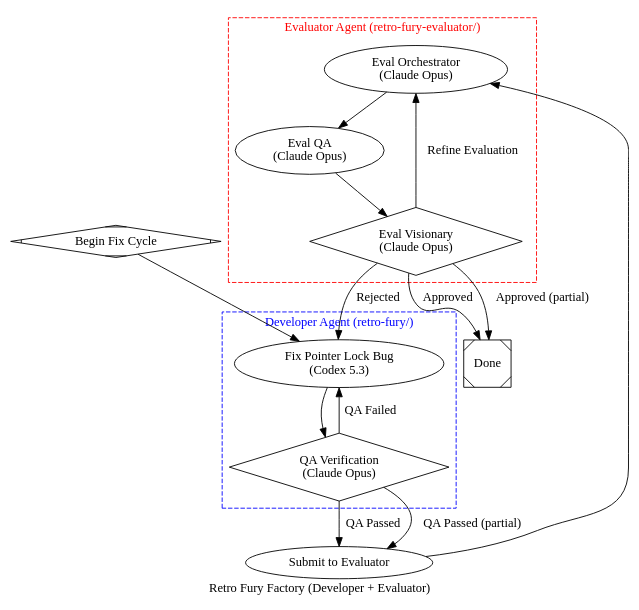
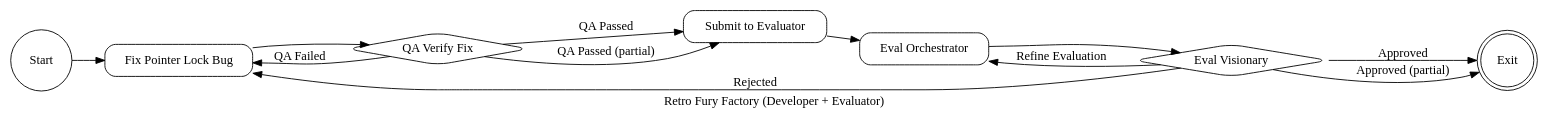
Before and after one commit to bencivjan/retro-fury-evaluator: the diagram in evaluation/factory.dot, drawn with Graphviz.

Commit message:
Update factory.dot to match ai-dot-runner parser format
Reformatted to use semicolons, single-line nodes, and
graph [] syntax required by the dotrunner's regex-based parser.

```diff
--- a/evaluation/factory.dot
+++ b/evaluation/factory.dot
@@ -1,149 +1,41 @@
 // Retro Fury Factory Pipeline
-//
-// Combined developer + evaluator pipeline for the retro-fury game.
-// Based on factory.dot from attractor-go, customized for retro-fury.
-//
-// The developer agent works on ../retro-fury/ (the game source code).
-// The evaluator agent works on ../retro-fury-evaluator/ (this repo).
-//
-// Current state: The evaluator has REJECTED the submission with 1 critical
-// failure (mp_pointer_lock_game_start). The developer must fix the bug,
-// then the evaluator re-evaluates.
-//
-// Model assignments:
-//   Codex stages:   implement (code writing)
-//   Opus stages:    qa_verify, eval_orchestrator, eval_qa, eval_visionary
+// Combined developer + evaluator for fixing the pointer lock bug.
+// Developer agent fixes code in retro-fury/, evaluator re-evaluates.
 
 digraph retro_fury_factory {
-    goal = "Fix the critical pointer lock bug in the retro-fury multiplayer game and verify the fix. The bug: requestPointerLock() is called from a WebSocket onmessage handler in onMultiplayerGameStart(), which silently fails because browsers require a trusted user gesture. Mouse input is completely dead after both players ready up, making multiplayer unplayable. The evaluator REJECTED the submission (218/219 checks passed, 1 critical failure). The developer must fix the bug and the evaluator must verify the fix works."
-    label = "Retro Fury Factory (Developer + Evaluator)"
-    default_max_retry = "3"
-    fallback_retry_target = "implement"
+  graph [goal="Fix the critical pointer lock bug in the retro-fury multiplayer game and verify the fix. The bug: requestPointerLock() is called from a WebSocket onmessage handler in onMultiplayerGameStart(), which silently fails because browsers require a trusted user gesture. Mouse input is completely dead after both players ready up, making multiplayer unplayable. The evaluator REJECTED the submission (218/219 checks passed, 1 critical failure). The developer must fix the bug and the evaluator must verify the fix works.", default_max_retry="3"];
 
-    model_stylesheet = "
-        * {
-            reasoning_effort: high;
-        }
-    "
+  rankdir=LR;
+  label="Retro Fury Factory (Developer + Evaluator)";
 
-    // ===================================================================
-    // Start
-    // ===================================================================
-    start [shape=Mdiamond, label="Begin Fix Cycle"]
+  node [shape=box, style="rounded,filled", fillcolor=white, timeout="600s", max_agent_turns="15"];
 
-    // ===================================================================
-    // Developer Phase
-    // ===================================================================
-    subgraph cluster_developer {
-        label     = "Developer Agent (retro-fury/)"
-        style     = "dashed"
-        color     = "blue"
-        fontcolor = "blue"
+  Start [shape=circle, label="Start"];
+  Exit [shape=doublecircle, label="Exit"];
 
-    implement [
-        label       = "Fix Pointer Lock Bug\n(Codex 5.3)"
-        llm_prompt  = "You are a senior game developer fixing a critical bug in the retro-fury FPS game.\n\nWORKSPACE: Work in the retro-fury/ directory (the game source code). DO NOT modify files in retro-fury-evaluator/.\n\nCRITICAL BUG (from evaluator report at retro-fury-evaluator/reports/2026-02-18-114043.md):\nIn src/main.js, the function onMultiplayerGameStart() calls displayCanvas.requestPointerLock() from inside a WebSocket onmessage handler. Browsers SILENTLY REJECT requestPointerLock() unless it originates from a trusted user gesture (click, keypress). This means:\n- After both players ready up and game_start is received, the game transitions to MP_PLAYING\n- The arena renders correctly but mouse input is completely dead\n- InputManager._onMouseMove returns early when !this._pointerLocked\n- Players cannot look around, aim, or shoot\n- The game appears FROZEN to both players\n\nRECOMMENDED FIX (Option B from evaluator):\n1. Remove the requestPointerLock() call from onMultiplayerGameStart()\n2. Let the existing canvas click handler (input._onCanvasClick) handle pointer lock acquisition\n3. Add a visible 'CLICK TO PLAY' text overlay in renderMultiplayer() when pointer lock is not active:\n   if (!input.isPointerLocked()) {\n       bufferCtx.font = 'bold 14px \"Courier New\"';\n       bufferCtx.fillStyle = '#FFCC00';\n       bufferCtx.textAlign = 'center';\n       bufferCtx.fillText('CLICK TO PLAY', SCREEN_WIDTH / 2, SCREEN_HEIGHT / 2);\n   }\n\nALSO FIX (minor):\n- The player_ready handler in setupNetworkHandlers (around line 1046) checks msg.playerId !== mpState.localPlayerId, but localPlayerId is null at that point. All player_ready messages trigger opponentReady(). Store localPlayerId on mpState when receiving room_created or player_joined.\n\nAfter making fixes:\n1. Verify the code has no syntax errors\n2. Commit and push the changes\n3. Write status.json confirming the fix"
-        llm_model   = "gpt-5.3-codex"
-        llm_provider = "openai"
-        goal_gate   = "true"
-        max_retries = "3"
-        retry_target = "implement"
-        timeout     = "10m"
-    ]
+  implement [label="Fix Pointer Lock Bug", is_codergen="true", llm_model="gpt-5.3-codex", llm_provider="openai", max_retry="3", timeout="600s", llm_prompt="You are a senior game developer fixing a critical bug in the retro-fury FPS game.\n\nWORKSPACE: Work in the retro-fury/ directory (the game source code). DO NOT modify files in retro-fury-evaluator/.\n\nCRITICAL BUG (from evaluator report at retro-fury-evaluator/reports/2026-02-18-114043.md):\nIn src/main.js, the function onMultiplayerGameStart() calls displayCanvas.requestPointerLock() from inside a WebSocket onmessage handler. Browsers SILENTLY REJECT requestPointerLock() unless it originates from a trusted user gesture (click, keypress). This means:\n- After both players ready up and game_start is received, the game transitions to MP_PLAYING\n- The arena renders correctly but mouse input is completely dead\n- InputManager._onMouseMove returns early when !this._pointerLocked\n- Players cannot look around, aim, or shoot\n- The game appears FROZEN to both players\n\nRECOMMENDED FIX (Option B from evaluator):\n1. Remove the requestPointerLock() call from onMultiplayerGameStart()\n2. Let the existing canvas click handler (input._onCanvasClick) handle pointer lock acquisition\n3. Add a visible CLICK TO PLAY text overlay in renderMultiplayer() when pointer lock is not active\n4. Also fix: player_ready handler in setupNetworkHandlers checks msg.playerId !== mpState.localPlayerId but localPlayerId is null. Store localPlayerId on mpState when receiving room_created or player_joined.\n\nAfter fixing: verify no syntax errors, commit and push changes, then write status.json confirming the fix."];
 
-    qa_verify [
-        shape       = "diamond"
-        type        = "conditional"
-        label       = "QA Verification\n(Claude Opus)"
-        llm_prompt  = "You are a QA lead verifying the pointer lock bug fix in the retro-fury game.\n\nWORKSPACE: Read files from retro-fury/ (the game source code).\n\nVerify ALL of the following:\n1. The requestPointerLock() call has been REMOVED from onMultiplayerGameStart() in src/main.js\n2. There is a visible 'CLICK TO PLAY' overlay rendered when pointer lock is not active during multiplayer\n3. The existing canvas click handler still acquires pointer lock on user click\n4. The player_ready handler correctly filters self-messages using localPlayerId\n5. No syntax errors in any modified files\n6. The fix does not break single-player mode (pointer lock should still work via click)\n\nIf ALL checks pass: status SUCCESS, preferred_next_label 'QA Passed'\nIf ANY check fails: status FAIL, preferred_next_label 'QA Failed', list every issue"
-        llm_model   = "claude-opus-4-6"
-        llm_provider = "anthropic"
-        goal_gate   = "true"
-        max_retries = "2"
-    ]
+  qa_verify [shape=diamond, label="QA Verify Fix", max_retry="2", llm_model="gpt-5.3-codex", llm_provider="openai", llm_prompt="You are a QA lead verifying the pointer lock bug fix in the retro-fury game.\n\nWORKSPACE: Read files from retro-fury/ (the game source code).\n\nVerify ALL of the following:\n1. The requestPointerLock() call has been REMOVED from onMultiplayerGameStart() in src/main.js\n2. There is a visible CLICK TO PLAY overlay rendered when pointer lock is not active during multiplayer\n3. The existing canvas click handler still acquires pointer lock on user click\n4. The player_ready handler correctly filters self-messages using localPlayerId\n5. No syntax errors in any modified files\n6. The fix does not break single-player mode\n\nIf ALL checks pass: outcome success, preferred_next_label QA Passed.\nIf ANY check fails: outcome fail, preferred_next_label QA Failed, list every issue."];
 
-    } // end cluster_developer
+  submit [label="Submit to Evaluator", llm_model="gpt-5.3-codex", llm_provider="openai", auto_status="true", timeout="120s", llm_prompt="Handle submission handoff from developer to evaluator.\n\nRun: bash retro-fury-evaluator/tools/submit.sh retro-fury/\nThis copies the game snapshot into retro-fury-evaluator/submissions/.\nVerify the submission was created successfully.\nRecord the submission ID in status.json context_updates."];
 
-    // ===================================================================
-    // Submission handoff
-    // ===================================================================
-    submit [
-        label      = "Submit to Evaluator"
-        llm_prompt = "You are handling the submission handoff from the developer to the evaluator.\n\nWORKSPACE: Work from the retro-fury-evaluator/ directory.\n\n1. Run the submission tool: bash retro-fury-evaluator/tools/submit.sh retro-fury/\n   This copies the game snapshot into retro-fury-evaluator/submissions/\n2. Verify the submission was created successfully\n3. Record the submission ID in status.json context_updates\n\nWrite status.json with outcome 'success' and the submission path in context_updates."
-        llm_model  = "gpt-5.3-codex"
-        llm_provider = "openai"
-        auto_status = "true"
-        timeout    = "2m"
-    ]
+  eval_orchestrator [label="Eval Orchestrator", llm_model="gpt-5.3-codex", llm_provider="openai", max_retry="2", llm_prompt="You are the evaluation orchestrator for the retro-fury FPS game.\n\nWORKSPACE: Work in retro-fury-evaluator/ directory.\n\nA new submission has been received after the developer fixed the critical pointer lock bug. The previous evaluation (reports/2026-02-18-114043.md) found 218/219 checks passed with 1 CRITICAL FAILURE: mp_pointer_lock_game_start.\n\nRun the full evaluation pipeline: bash retro-fury-evaluator/tools/run-evaluation.sh\nCapture results for all 219 checks.\nPay special attention to mp_pointer_lock_game_start.\nWrite a structured report to retro-fury-evaluator/reports/ with pass/fail counts and evidence.\nInclude the submission ID, score, and verdict in status.json."];
 
-    // ===================================================================
-    // Evaluator Phase
-    // ===================================================================
-    subgraph cluster_evaluator {
-        label     = "Evaluator Agent (retro-fury-evaluator/)"
-        style     = "dashed"
-        color     = "red"
-        fontcolor = "red"
+  eval_visionary [shape=diamond, label="Eval Visionary", max_retry="2", llm_model="gpt-5.3-codex", llm_provider="openai", allow_partial="true", llm_prompt="You are the visionary for the retro-fury project.\n\nWORKSPACE: Work in retro-fury-evaluator/ directory.\nVision: retro-fury-evaluator/evaluation/vision.md\nCriteria: retro-fury-evaluator/evaluation/criteria.yaml\n\nReview the evaluation report. Judge the submission:\n1. Did the pointer lock bug get fixed?\n2. Is there a visible CLICK TO PLAY prompt for multiplayer?\n3. Do all 219 checks pass including mp_pointer_lock_game_start?\n4. Are there any regressions?\n\nScoring: APPROVED >= 80% all critical pass (outcome success), PARTIAL >= 60% (outcome partial_success), REJECTED < 60% or critical fail (outcome fail).\nIf evaluation was insufficient: outcome retry.\nWrite the final report to retro-fury-evaluator/reports/."];
 
-    eval_orchestrator [
-        label       = "Eval Orchestrator\n(Claude Opus)"
-        llm_prompt  = "You are the evaluation orchestrator for the retro-fury FPS game.\n\nWORKSPACE: Work in retro-fury-evaluator/ directory.\n\nA new submission has been received after the developer fixed the critical pointer lock bug. The previous evaluation (reports/2026-02-18-114043.md) found:\n- 218/219 checks passed\n- 1 CRITICAL FAILURE: mp_pointer_lock_game_start (requestPointerLock from WebSocket handler)\n\nYour job:\n1. Read the vision (evaluation/vision.md) and criteria (evaluation/criteria.yaml)\n2. Focus the re-evaluation on:\n   a. The pointer lock fix — verify requestPointerLock is NO LONGER called from a WebSocket handler\n   b. A visible 'click to play' prompt exists for multiplayer\n   c. Regression check — single-player and other multiplayer features still work\n3. Produce BUILDER TASKS and QA CHECKLIST focusing on the fix verification\n\nThe existing tools in tools/ already cover 218 checks. Focus new work on verifying the fix."
-        llm_model   = "claude-opus-4-6"
-        llm_provider = "anthropic"
-        goal_gate   = "true"
-        max_retries = "2"
-    ]
+  // Edges
+  Start -> implement;
+  implement -> qa_verify;
 
-    eval_qa [
-        label       = "Eval QA\n(Claude Opus)"
-        llm_prompt  = "You are a QA engineer re-evaluating the retro-fury game after the pointer lock bug fix.\n\nWORKSPACE: Work in retro-fury-evaluator/ directory.\n\n1. Run the full evaluation: bash tools/run-evaluation.sh\n2. Record results for all 219 checks\n3. Pay special attention to mp_pointer_lock_game_start — this was the critical failure\n4. Also use the browser-based eval-server.py to visually verify multiplayer works:\n   a. Start eval-server.py to serve the submission with test hooks\n   b. Start the game's WebSocket server\n   c. Use browser automation to test the full multiplayer flow\n   d. Capture screenshots at high frequency for evaluation GIFs\n5. Verify the 'CLICK TO PLAY' prompt is visible and that clicking acquires pointer lock\n\nProduce a structured evaluation report with pass/fail counts and evidence."
-        llm_model   = "claude-opus-4-6"
-        llm_provider = "anthropic"
-        goal_gate   = "true"
-        max_retries = "2"
-    ]
+  qa_verify -> submit [label="QA Passed", condition="outcome=success", weight="10"];
+  qa_verify -> submit [label="QA Passed (partial)", condition="outcome=partial_success", weight="5"];
+  qa_verify -> implement [label="QA Failed", condition="outcome=fail", weight="10"];
 
-    eval_visionary [
-        shape       = "diamond"
-        type        = "conditional"
-        label       = "Eval Visionary\n(Claude Opus)"
-        llm_prompt  = "You are the visionary for the retro-fury project.\n\nWORKSPACE: Work in retro-fury-evaluator/ directory.\nVision: evaluation/vision.md\nCriteria: evaluation/criteria.yaml\n\nYou have the QA evaluation report. Judge the submission:\n1. Did the pointer lock bug get fixed? Is requestPointerLock no longer called from a WebSocket handler?\n2. Is there a visible 'CLICK TO PLAY' prompt for multiplayer?\n3. Do all 219 checks pass (including the previously-critical mp_pointer_lock_game_start)?\n4. Does multiplayer actually work — can two players play together?\n5. Are there any regressions in single-player?\n\nScoring (from criteria.yaml):\n- APPROVED (>= 80%, all critical pass): outcome 'success'\n- APPROVED PARTIAL (>= 60%, all critical pass): outcome 'partial_success'\n- REJECTED (< 60% or critical fail): outcome 'fail'\n\nIf evaluation was insufficient (missing checks, unclear results): outcome 'retry' with feedback for the orchestrator.\n\nWrite the final report to reports/ following the template in CLAUDE.md."
-        llm_model   = "claude-opus-4-6"
-        llm_provider = "anthropic"
-        goal_gate   = "true"
-        max_retries = "2"
-    ]
+  submit -> eval_orchestrator;
+  eval_orchestrator -> eval_visionary;
 
-    } // end cluster_evaluator
-
-    // ===================================================================
-    // Exit
-    // ===================================================================
-    exit [shape=Msquare, label="Done"]
-
-    // ===================================================================
-    // Edges — Developer Phase
-    // ===================================================================
-    start     -> implement
-    implement -> qa_verify
-
-    qa_verify -> submit    [condition="outcome=success",          label="QA Passed",  weight="10"]
-    qa_verify -> submit    [condition="outcome=partial_success",  label="QA Passed (partial)", weight="5"]
-    qa_verify -> implement [condition="outcome=fail",             label="QA Failed",  weight="10", loop_restart="true"]
-
-    // ===================================================================
-    // Edges — Submission → Evaluator
-    // ===================================================================
-    submit -> eval_orchestrator
-
-    // ===================================================================
-    // Edges — Evaluator Phase
-    // ===================================================================
-    eval_orchestrator -> eval_qa
-    eval_qa           -> eval_visionary
-
-    eval_visionary -> exit      [condition="outcome=success",          label="Approved",          weight="10"]
-    eval_visionary -> exit      [condition="outcome=partial_success",  label="Approved (partial)", weight="5"]
-    eval_visionary -> eval_orchestrator [condition="outcome=retry",    label="Refine Evaluation",  weight="10"]
-    eval_visionary -> implement [condition="outcome=fail",             label="Rejected",          weight="10", loop_restart="true"]
+  eval_visionary -> Exit [label="Approved", condition="outcome=success", weight="10"];
+  eval_visionary -> Exit [label="Approved (partial)", condition="outcome=partial_success", weight="5"];
+  eval_visionary -> eval_orchestrator [label="Refine Evaluation", condition="outcome=retry", weight="10"];
+  eval_visionary -> implement [label="Rejected", condition="outcome=fail", weight="10"];
 }
```
